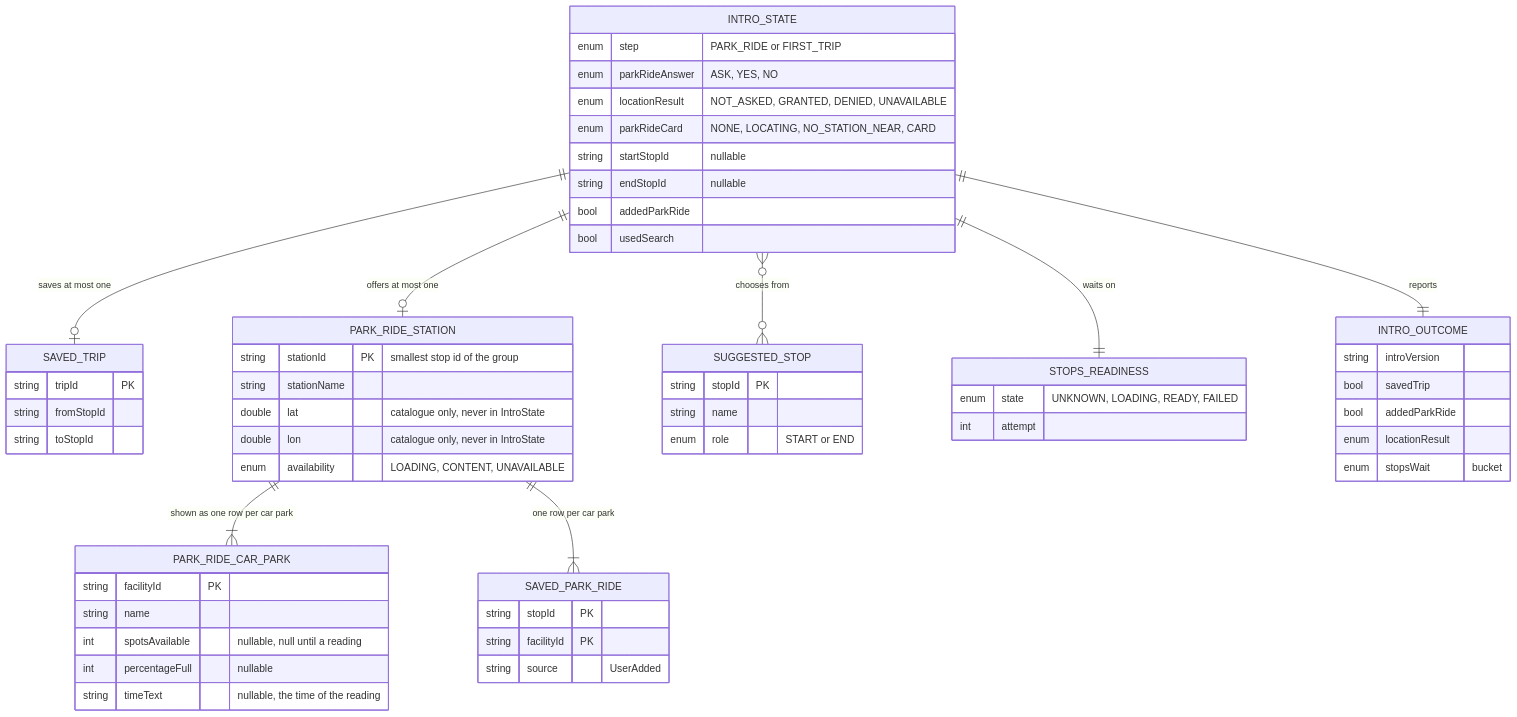
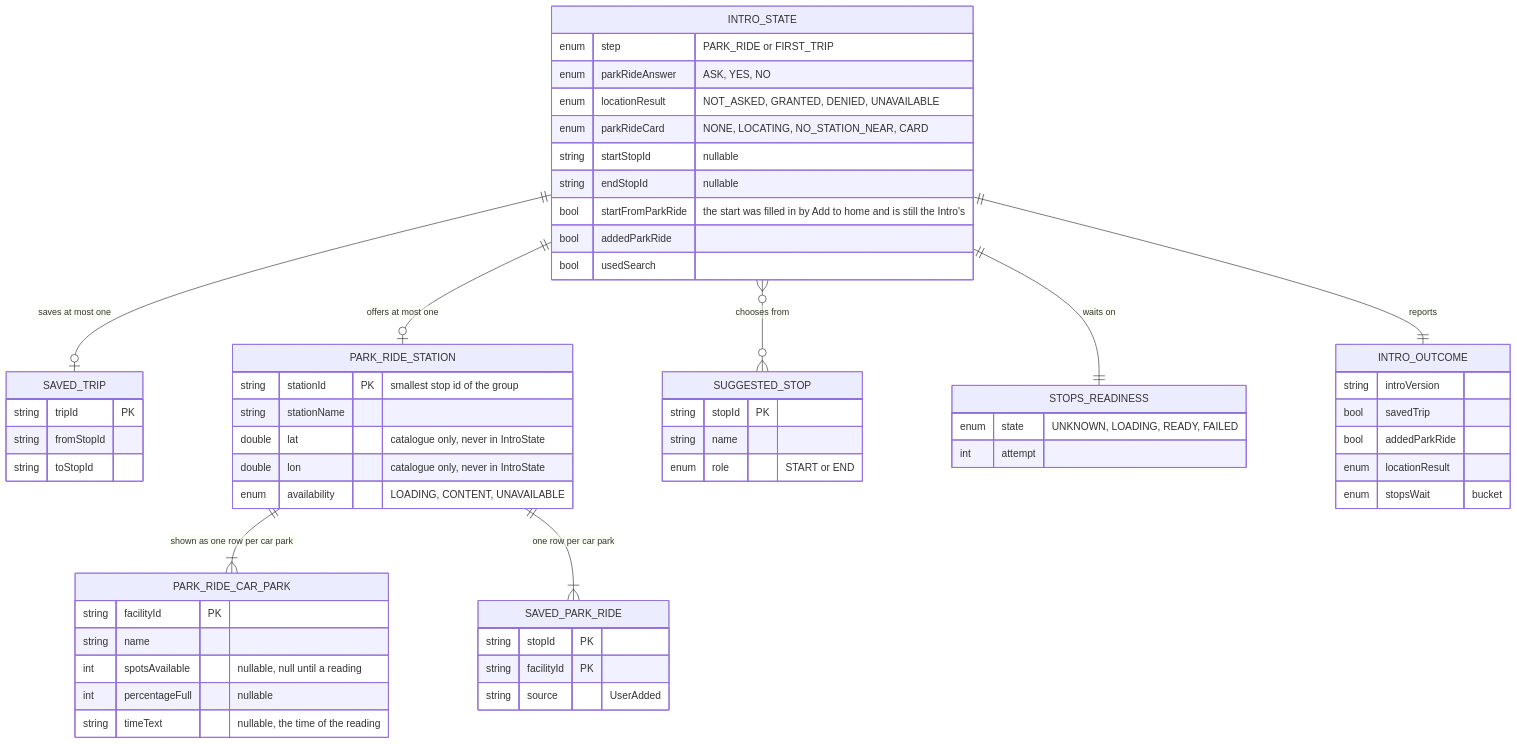
One commit to ksharma-xyz/KRAIL changed the first of 2 diagrams in docs/features/intro/ERD.md. Above: the diagram before and after it, drawn with Mermaid. The commit also changed other lines of this file and 13 other files, not shown here.

First line of the commit message:
feat(intro): fill in the trip start from the added station

````diff
--- a/docs/features/intro/ERD.md
+++ b/docs/features/intro/ERD.md
@@ -34,60 +34,61 @@
 ```mermaid
 erDiagram
     INTRO_STATE ||--o| SAVED_TRIP : "saves at most one"
     INTRO_STATE ||--o| PARK_RIDE_STATION : "offers at most one"
     PARK_RIDE_STATION ||--|{ PARK_RIDE_CAR_PARK : "shown as one row per car park"
     PARK_RIDE_STATION ||--|{ SAVED_PARK_RIDE : "one row per car park"
     INTRO_STATE }o--o{ SUGGESTED_STOP : "chooses from"
     INTRO_STATE ||--|| STOPS_READINESS : "waits on"
     INTRO_STATE ||--|| INTRO_OUTCOME : "reports"
     INTRO_STATE {
         enum step "PARK_RIDE or FIRST_TRIP"
         enum parkRideAnswer "ASK, YES, NO"
         enum locationResult "NOT_ASKED, GRANTED, DENIED, UNAVAILABLE"
         enum parkRideCard "NONE, LOCATING, NO_STATION_NEAR, CARD"
         string startStopId "nullable"
         string endStopId "nullable"
+        bool startFromParkRide "the start was filled in by Add to home and is still the Intro's"
         bool addedParkRide
         bool usedSearch
     }
     SUGGESTED_STOP {
         string stopId PK
         string name
         enum role "START or END"
     }
     PARK_RIDE_STATION {
         string stationId PK "smallest stop id of the group"
         string stationName
         double lat "catalogue only, never in IntroState"
         double lon "catalogue only, never in IntroState"
         enum availability "LOADING, CONTENT, UNAVAILABLE"
     }
     PARK_RIDE_CAR_PARK {
         string facilityId PK
         string name
         int spotsAvailable "nullable, null until a reading"
         int percentageFull "nullable"
         string timeText "nullable, the time of the reading"
     }
     SAVED_PARK_RIDE {
         string stopId PK
         string facilityId PK
         string source "UserAdded"
     }
     SAVED_TRIP {
         string tripId PK
         string fromStopId
         string toStopId
     }
     STOPS_READINESS {
         enum state "UNKNOWN, LOADING, READY, FAILED"
         int attempt
     }
     INTRO_OUTCOME {
         string introVersion
         bool savedTrip
         bool addedParkRide
         enum locationResult
         enum stopsWait "bucket"
     }
 ```
````
